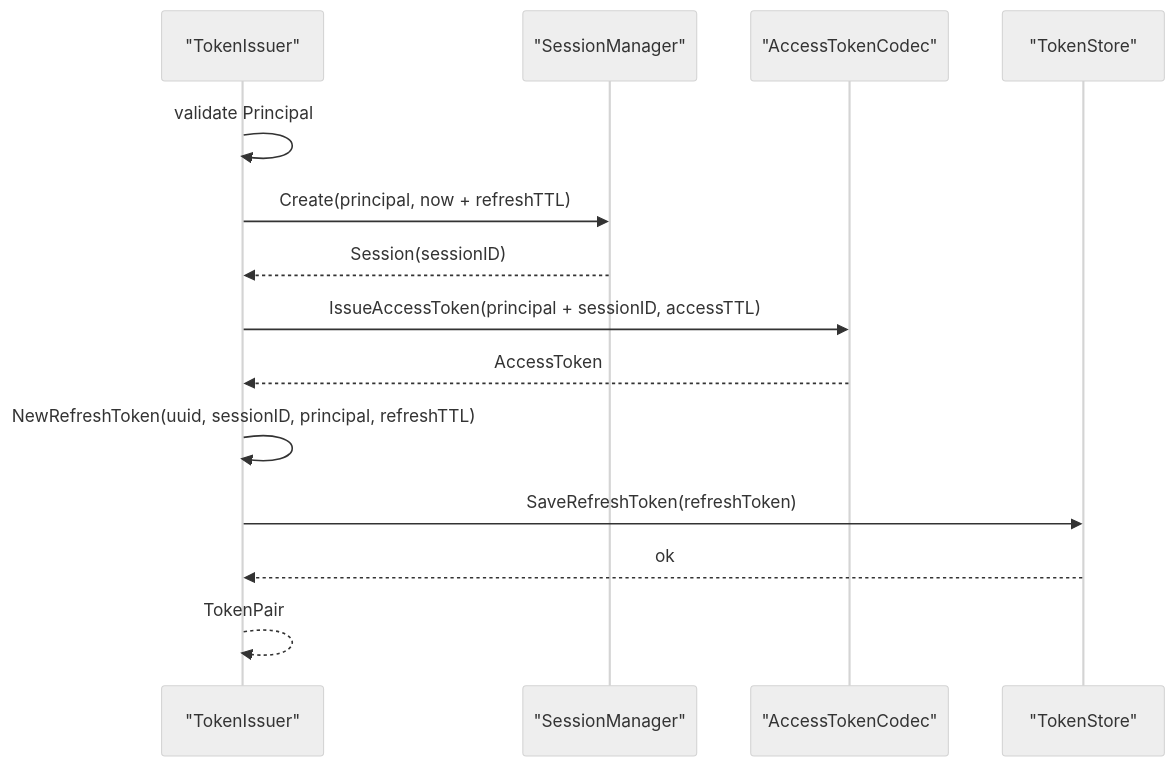
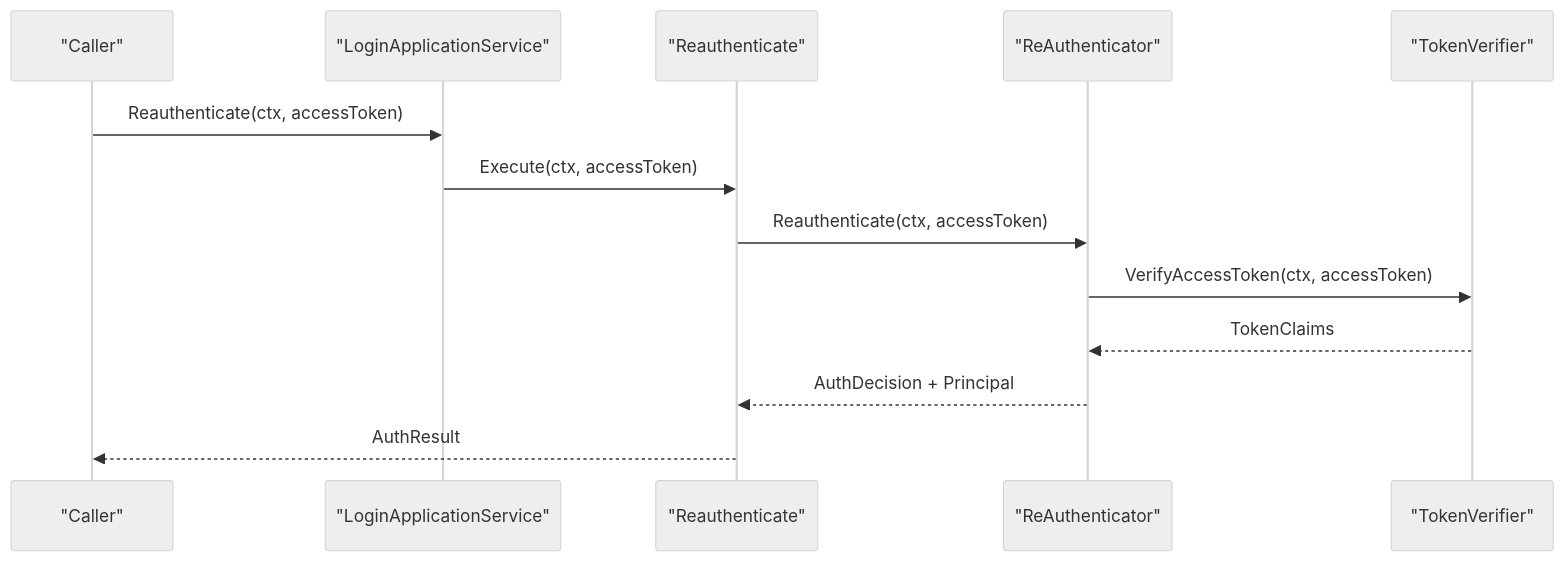
Before and after one commit to FangcunMount/iam: the second of 2 diagrams in docs/02-认证AuthN/01-登录链路-从Login请求到Session与Token.md, drawn with Mermaid (neutral theme). The commit also changed other lines of this file and 5 other files, not shown here.

````diff
--- a/docs/02-认证AuthN/01-登录链路-从Login请求到Session与Token.md
+++ b/docs/02-认证AuthN/01-登录链路-从Login请求到Session与Token.md
@@ -1003,17 +459,16 @@
 ```mermaid
 sequenceDiagram
-    participant Issuer as "TokenIssuer"
-    participant Session as "SessionManager"
-    participant Codec as "AccessTokenCodec"
-    participant Store as "TokenStore"
+    participant Caller as "Caller"
+    participant Service as "LoginApplicationService"
+    participant Reauth as "Reauthenticate"
+    participant TokenAuth as "ReAuthenticator"
+    participant Verifier as "TokenVerifier"
 
-    Issuer->>Issuer: validate Principal
-    Issuer->>Session: Create(principal, now + refreshTTL)
-    Session-->>Issuer: Session(sessionID)
-    Issuer->>Codec: IssueAccessToken(principal + sessionID, accessTTL)
-    Codec-->>Issuer: AccessToken
-    Issuer->>Issuer: NewRefreshToken(uuid, sessionID, principal, refreshTTL)
-    Issuer->>Store: SaveRefreshToken(refreshToken)
-    Store-->>Issuer: ok
-    Issuer-->>Issuer: TokenPair
+    Caller->>Service: Reauthenticate(ctx, accessToken)
+    Service->>Reauth: Execute(ctx, accessToken)
+    Reauth->>TokenAuth: Reauthenticate(ctx, accessToken)
+    TokenAuth->>Verifier: VerifyAccessToken(ctx, accessToken)
+    Verifier-->>TokenAuth: TokenClaims
+    TokenAuth-->>Reauth: AuthDecision + Principal
+    Reauth-->>Caller: AuthResult
 ```
````
